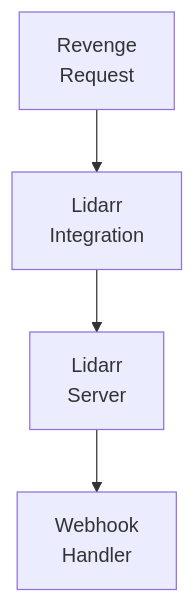
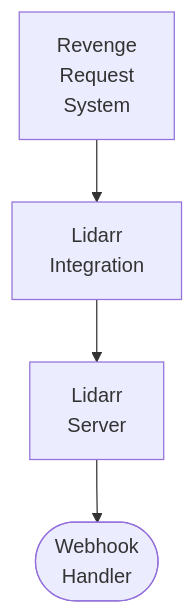
Before and after one commit to lusoris/revenge: the diagram in docs/dev/design/integrations/servarr/LIDARR.md, drawn with Mermaid. The commit also changed 208 other files, not shown here.

First line of the commit message:
feat(docs): Improve ASCII to Mermaid converter with proper box extraction

````diff
--- a/docs/dev/design/integrations/servarr/LIDARR.md
+++ b/docs/dev/design/integrations/servarr/LIDARR.md
@@ -51,10 +51,10 @@
 ```mermaid
 flowchart TD
-    node1["Revenge<br/>Request"]
+    node1["Revenge<br/>Request<br/>System"]
     node2["Lidarr<br/>Integration"]
     node3["Lidarr<br/>Server"]
-    node4["Webhook<br/>Handler"]
+    node4([Webhook<br/>Handler])
     node1 --> node2
     node2 --> node3
     node3 --> node4
 ```
````
